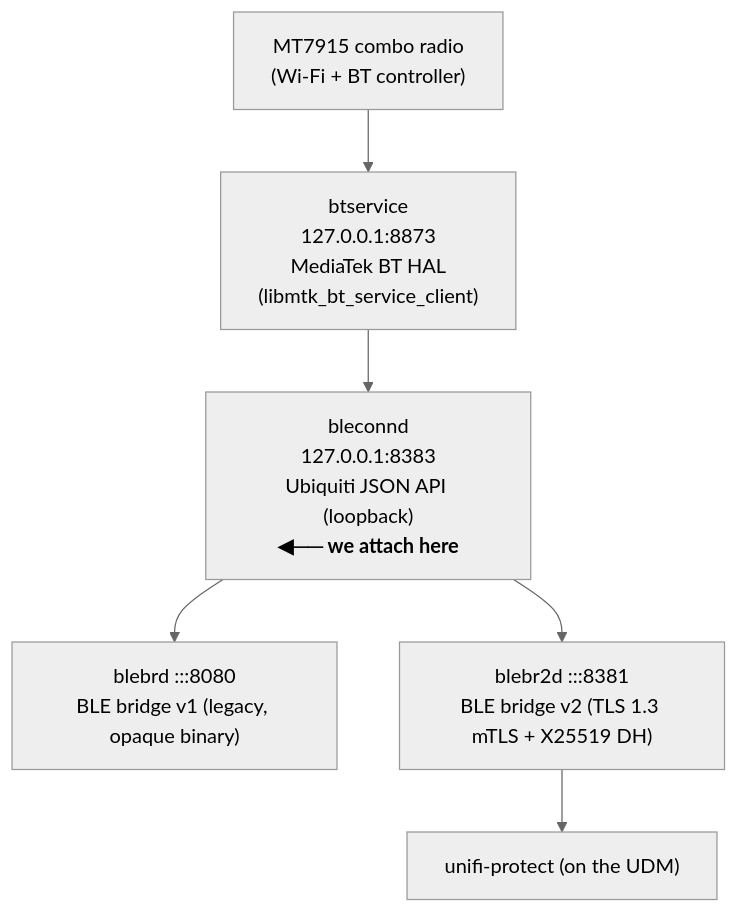
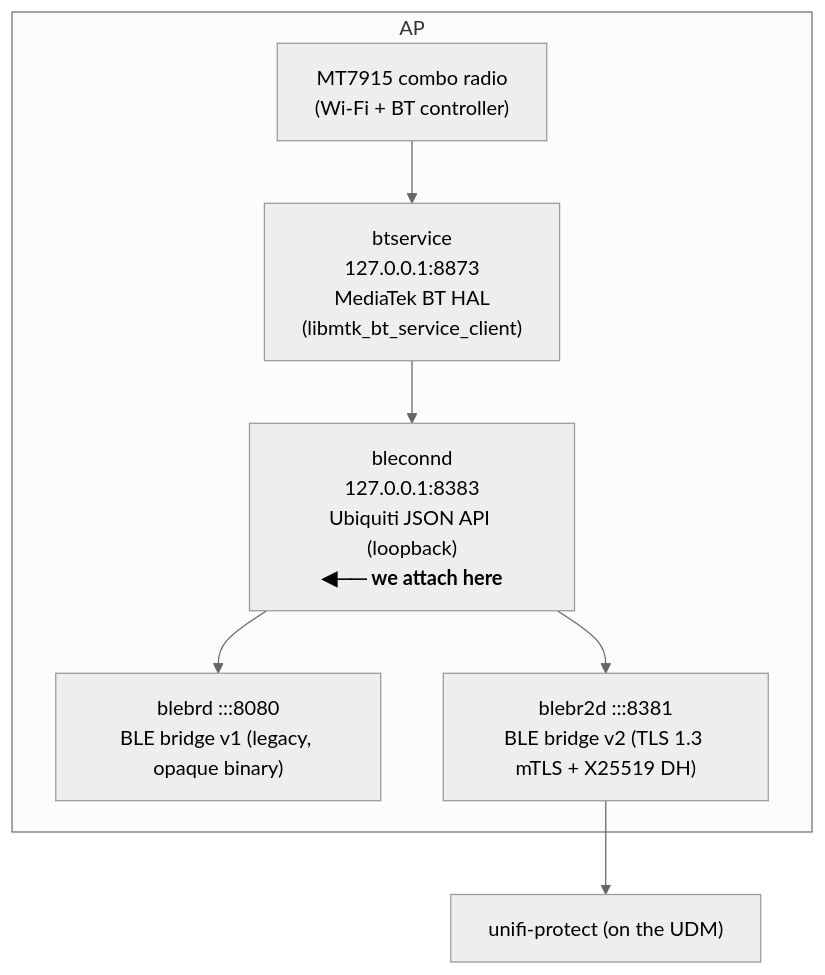
Before and after one commit to ThyMYthOS/unifi_ble: the first of 9 diagrams in docs/unifi-ble-and-bleconnd.md, drawn with Mermaid (neutral theme). The commit also changed other lines of this file and 1 other file, not shown here.

Commit message:
Improve documentation

````diff
--- a/docs/unifi-ble-and-bleconnd.md
+++ b/docs/unifi-ble-and-bleconnd.md
@@ -30,13 +30,16 @@
 ```mermaid
 flowchart TB
     radio["MT7915 combo radio<br/>(Wi-Fi + BT controller)"]
     hal["btservice<br/>127.0.0.1:8873<br/>MediaTek BT HAL<br/>(libmtk_bt_service_client)"]
     core["bleconnd<br/>127.0.0.1:8383<br/>Ubiquiti JSON API (loopback)<br/><b>◀── we attach here</b>"]
     v1["blebrd :::8080<br/>BLE bridge v1 (legacy, opaque binary)"]
     v2["blebr2d :::8381<br/>BLE bridge v2 (TLS 1.3 mTLS + X25519 DH)"]
     protect["unifi-protect (on the UDM)"]
 
+    subgraph AP
     radio --> hal --> core
     core --> v1
-    core --> v2 --> protect
+    core --> v2
+    end
+    v2 --> protect
 ```
````
